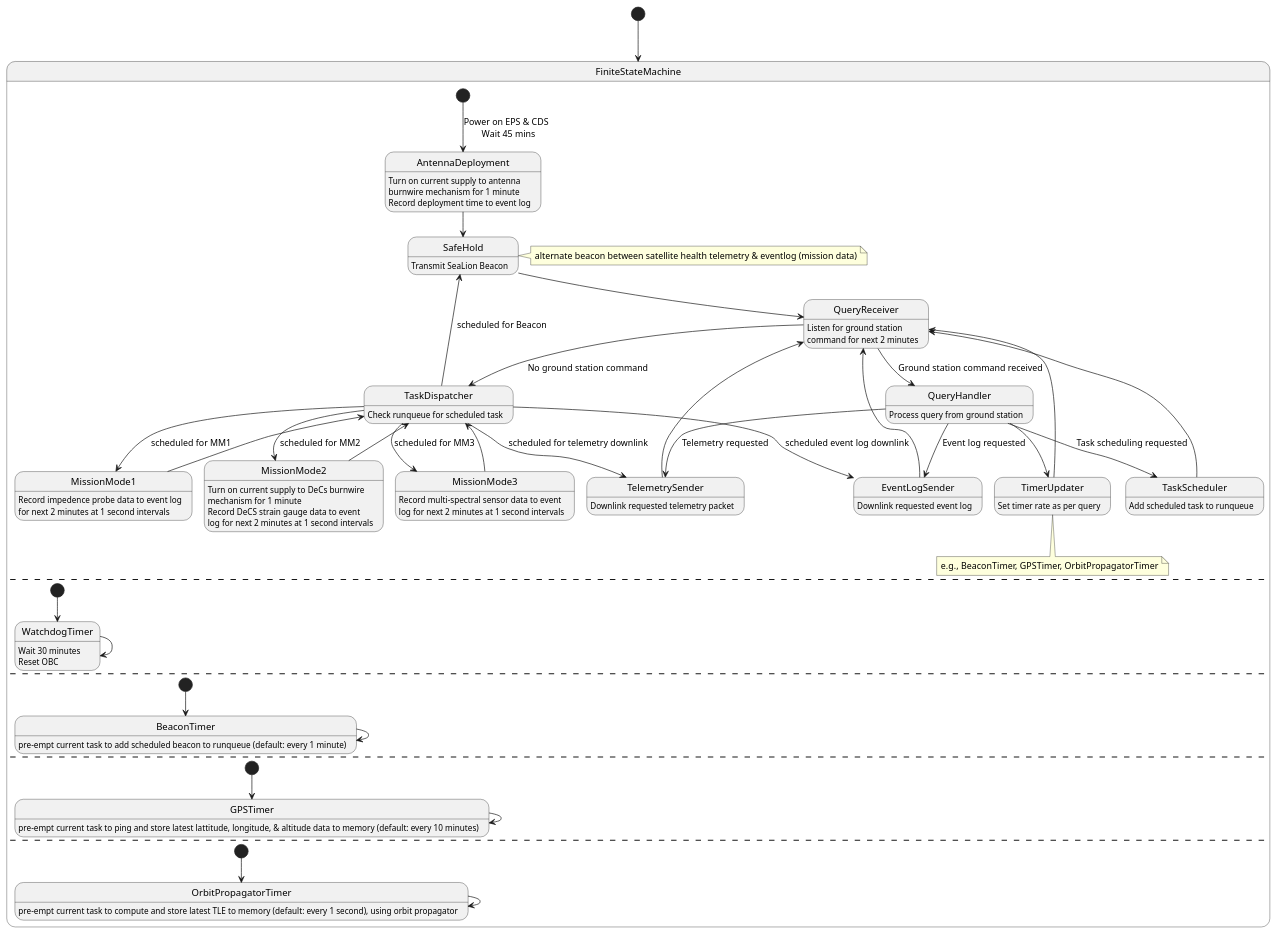
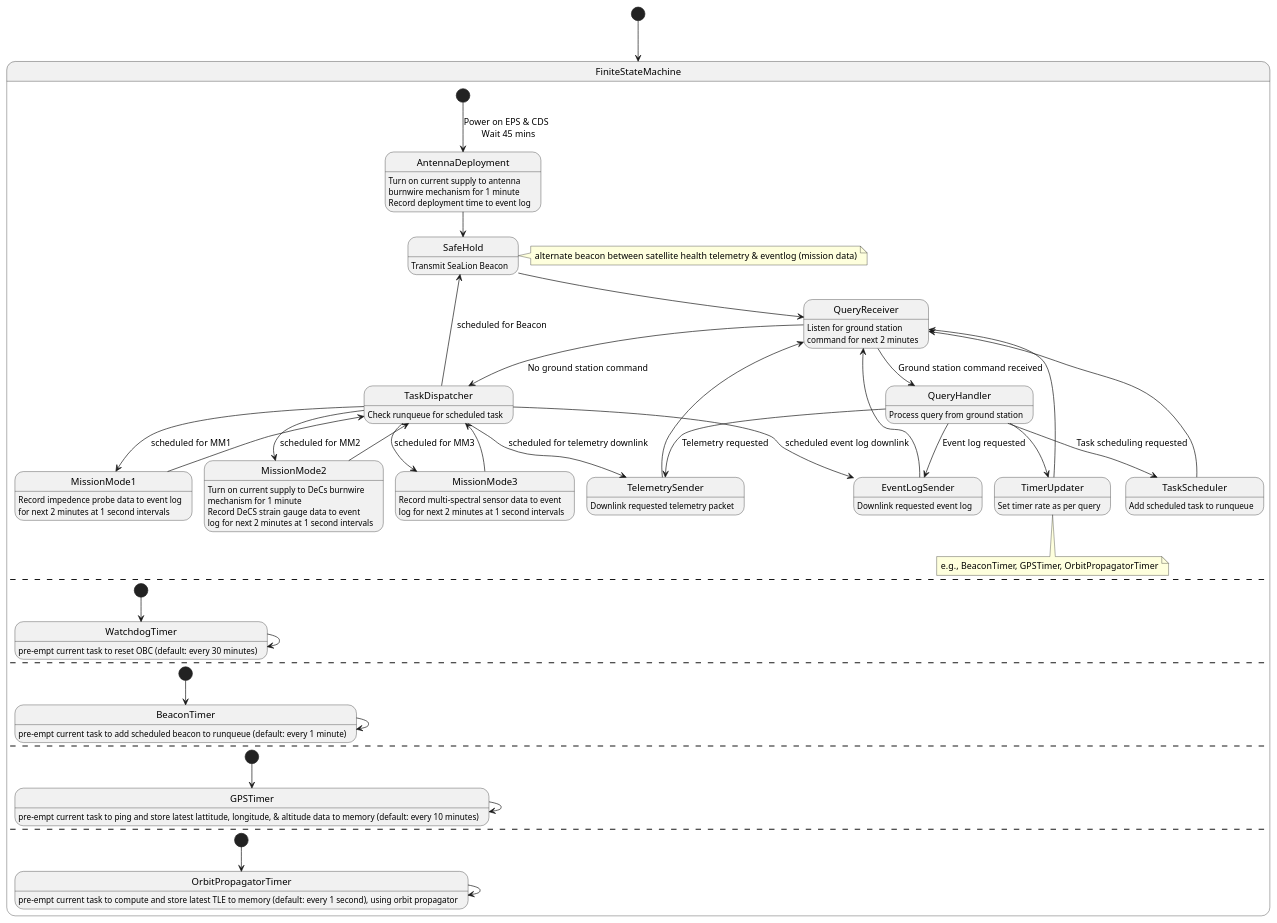
Before and after one commit to ODU-CGA-CubeSat/FSW: the diagram in fsw-architecture/operating-mode-as-fsm.puml, drawn with PlantUML.

Commit message:
update verbiage to WatchdogTimer
verbiage update:
- pre-empt current task to reset OBC
- default: every 30 minutes

```diff
--- a/fsw-architecture/operating-mode-as-fsm.puml
+++ b/fsw-architecture/operating-mode-as-fsm.puml
@@ -1,84 +1,83 @@
 @startuml
 
 [*] --> FiniteStateMachine
 state FiniteStateMachine {
       state AntennaDeployment
             AntennaDeployment : Turn on current supply to antenna
             AntennaDeployment : burnwire mechanism for 1 minute
             AntennaDeployment : Record deployment time to event log
       state SafeHold
             SafeHold : Transmit SeaLion Beacon
       note right of SafeHold : alternate beacon between satellite health telemetry & eventlog (mission data)
       state QueryReceiver
             QueryReceiver : Listen for ground station
             QueryReceiver : command for next 2 minutes
       state TelemetrySender
             TelemetrySender : Downlink requested telemetry packet
       state EventLogSender
             EventLogSender : Downlink requested event log
       state TimerUpdater
       TimerUpdater : Set timer rate as per query
       note bottom of TimerUpdater : e.g., BeaconTimer, GPSTimer, OrbitPropagatorTimer
       state MissionMode1
             MissionMode1 : Record impedence probe data to event log
             MissionMode1 : for next 2 minutes at 1 second intervals
       state MissionMode2
             MissionMode2 : Turn on current supply to DeCs burnwire
             MissionMode2 : mechanism for 1 minute
             MissionMode2 : Record DeCS strain gauge data to event
             MissionMode2 : log for next 2 minutes at 1 second intervals
       state MissionMode3
             MissionMode3 : Record multi-spectral sensor data to event
             MissionMode3 : log for next 2 minutes at 1 second intervals
       state TaskDispatcher
             TaskDispatcher : Check runqueue for scheduled task
       state QueryHandler
             QueryHandler : Process query from ground station
       state TaskScheduler
             TaskScheduler : Add scheduled task to runqueue
 
       [*] --> AntennaDeployment : Power on EPS & CDS \n Wait 45 mins
       AntennaDeployment --> SafeHold
       SafeHold --> QueryReceiver
       QueryReceiver --> QueryHandler : Ground station command received
       QueryHandler --> TelemetrySender : Telemetry requested
       QueryHandler --> EventLogSender : Event log requested
       QueryHandler --> TaskScheduler : Task scheduling requested
       QueryHandler --> TimerUpdater
       TimerUpdater --> QueryReceiver
       TelemetrySender --> QueryReceiver
       EventLogSender --> QueryReceiver
       TaskScheduler --> QueryReceiver
       QueryReceiver --> TaskDispatcher : No ground station command
       TaskDispatcher --> MissionMode1 : scheduled for MM1
       TaskDispatcher --> MissionMode2 : scheduled for MM2
       TaskDispatcher --> MissionMode3 : scheduled for MM3
       TaskDispatcher --> EventLogSender : scheduled event log downlink
       TaskDispatcher --> TelemetrySender : scheduled for telemetry downlink
       TaskDispatcher --> SafeHold : scheduled for Beacon
       MissionMode1 --> TaskDispatcher
       MissionMode2 --> TaskDispatcher
       MissionMode3 --> TaskDispatcher
       --
       state WatchdogTimer
-            WatchdogTimer : Wait 30 minutes
-            WatchdogTimer : Reset OBC
+            WatchdogTimer : pre-empt current task to reset OBC (default: every 30 minutes)
       [*] --> WatchdogTimer
       WatchdogTimer --> WatchdogTimer
       --
       state BeaconTimer
             BeaconTimer : pre-empt current task to add scheduled beacon to runqueue (default: every 1 minute)
       [*] --> BeaconTimer
       BeaconTimer --> BeaconTimer
       --
       state GPSTimer
             GPSTimer : pre-empt current task to ping and store latest lattitude, longitude, & altitude data to memory (default: every 10 minutes)
       [*] --> GPSTimer
       GPSTimer --> GPSTimer
       --
       state OrbitPropagatorTimer
             OrbitPropagatorTimer : pre-empt current task to compute and store latest TLE to memory (default: every 1 second), using orbit propagator
       [*] --> OrbitPropagatorTimer
       OrbitPropagatorTimer --> OrbitPropagatorTimer
 }
 @enduml
```
